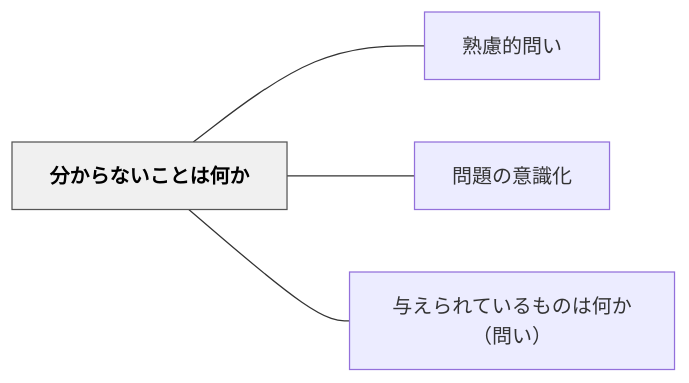
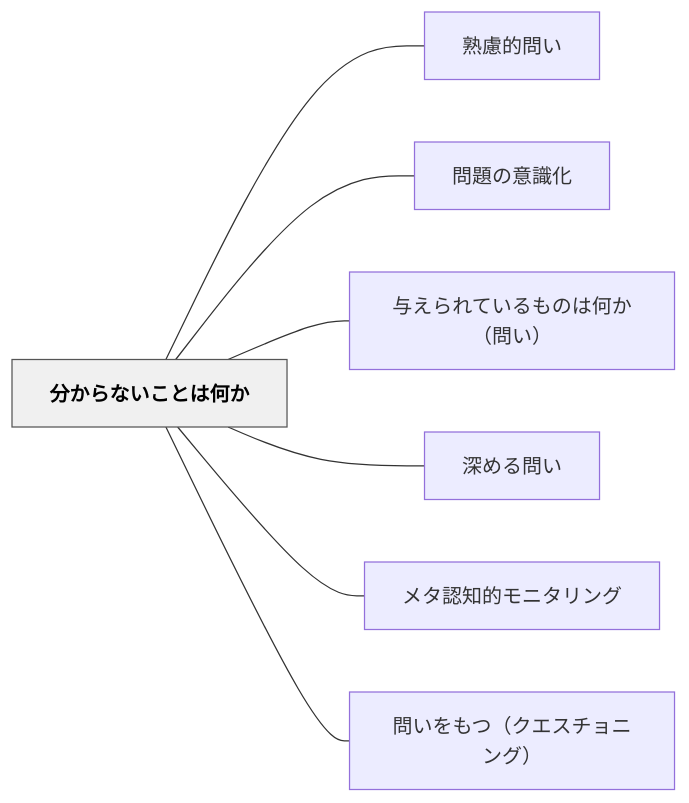
One commit to unknownthings-ed-patterns/unknownthings-ed-patterns changed the diagram in content/パタン/分からないことは何か.md. Above: the diagram before and after it, drawn with Mermaid. The commit also changed other lines of this file and 71 other files, not shown here.

````diff
--- a/content/パタン/分からないことは何か.md
+++ b/content/パタン/分からないことは何か.md
@@ -40,14 +43,20 @@
 ```mermaid
 flowchart LR
     ne58886e3818be38289e381aae38184e38193e381a8e381afe4bd95e3818b["分からないことは何か"]
     ne7869fe685aee79a84e5958fe38184["熟慮的問い"]
     ne5958fe9a18ce381aee6848fe8ad98e58c96["問題の意識化"]
     ne4b88ee38188e38289e3828ce381a6e38184e3828be38282e381aee381afe4bd95e3818befbc88e5958fe38184efbc89["与えられているものは何か（問い）"]
+    ne6b7b1e38281e3828be5958fe38184["深める問い"]
+    ne383a1e382bfe8aa8de79fa5e79a84e383a2e3838be382bfe383aae383b3e382b0["メタ認知的モニタリング"]
+    ne5958fe38184e38292e38282e381a4efbc88e382afe382a8e382b9e38381e383a7e3838be383b3e382b0efbc89["問いをもつ（クエスチョニング）"]
 
     ne58886e3818be38289e381aae38184e38193e381a8e381afe4bd95e3818b --- ne7869fe685aee79a84e5958fe38184
     ne58886e3818be38289e381aae38184e38193e381a8e381afe4bd95e3818b --- ne5958fe9a18ce381aee6848fe8ad98e58c96
     ne58886e3818be38289e381aae38184e38193e381a8e381afe4bd95e3818b --- ne4b88ee38188e38289e3828ce381a6e38184e3828be38282e381aee381afe4bd95e3818befbc88e5958fe38184efbc89
+    ne58886e3818be38289e381aae38184e38193e381a8e381afe4bd95e3818b --- ne6b7b1e38281e3828be5958fe38184
+    ne58886e3818be38289e381aae38184e38193e381a8e381afe4bd95e3818b --- ne383a1e382bfe8aa8de79fa5e79a84e383a2e3838be382bfe383aae383b3e382b0
+    ne58886e3818be38289e381aae38184e38193e381a8e381afe4bd95e3818b --- ne5958fe38184e38292e38282e381a4efbc88e382afe382a8e382b9e38381e383a7e3838be383b3e382b0efbc89
 
     classDef hub fill:#f0f0f0,stroke:#555,color:#000,font-weight:bold
     class ne58886e3818be38289e381aae38184e38193e381a8e381afe4bd95e3818b hub
 ```
````
